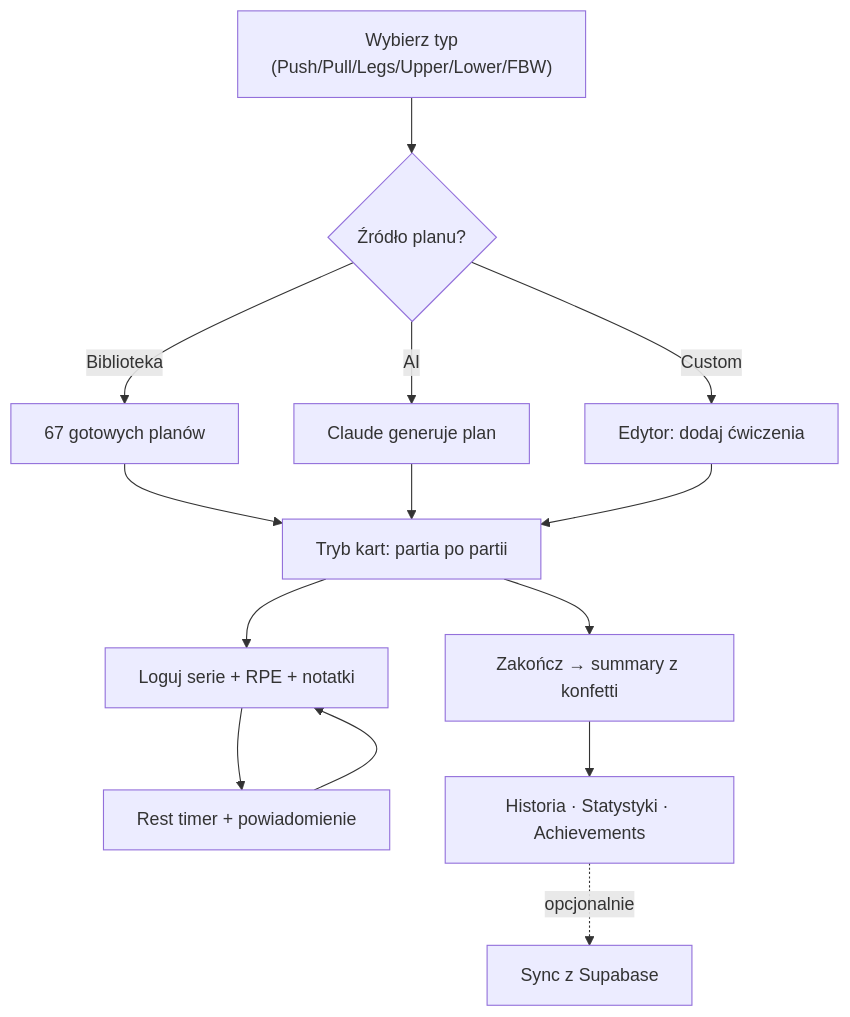
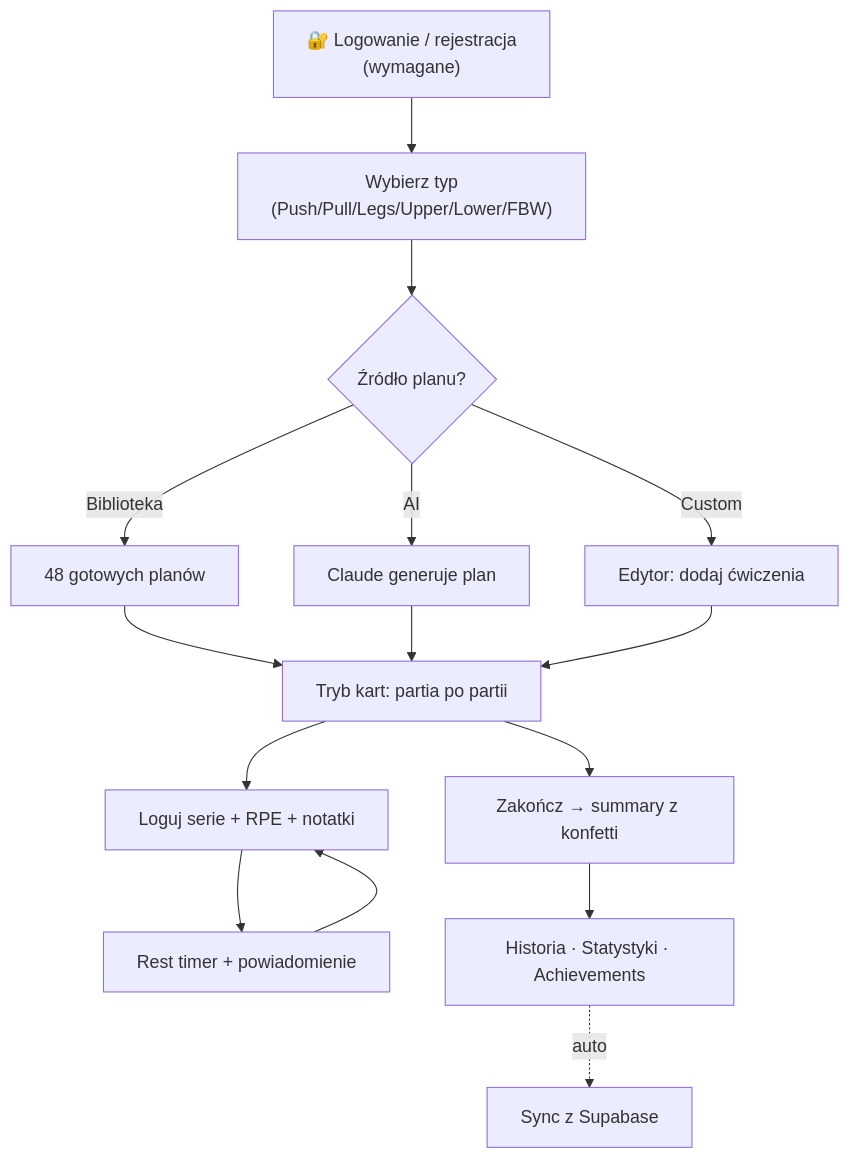
The second of 2 diagrams in README.md (LukaszBonio/trening), drawn with Mermaid before and after one commit. The commit also changed other lines of this file, not shown here.

````diff
--- a/README.md
+++ b/README.md
@@ -256,16 +258,17 @@
 ```mermaid
 flowchart TD
+    L["🔐 Logowanie / rejestracja<br/>(wymagane)"] --> A
     A["Wybierz typ<br/>(Push/Pull/Legs/Upper/Lower/FBW)"] --> B{"Źródło planu?"}
-    B -->|Biblioteka| C1["67 gotowych planów"]
+    B -->|Biblioteka| C1["48 gotowych planów"]
     B -->|AI| C2["Claude generuje plan"]
     B -->|Custom| C3["Edytor: dodaj ćwiczenia"]
     C1 --> D["Tryb kart: partia po partii"]
     C2 --> D
     C3 --> D
     D --> E["Loguj serie + RPE + notatki"]
     E --> F["Rest timer + powiadomienie"]
     F --> E
     D --> G["Zakończ → summary z konfetti"]
     G --> H["Historia · Statystyki · Achievements"]
-    H -.->|opcjonalnie| I["Sync z Supabase"]
+    H -.->|auto| I["Sync z Supabase"]
 ```
````
